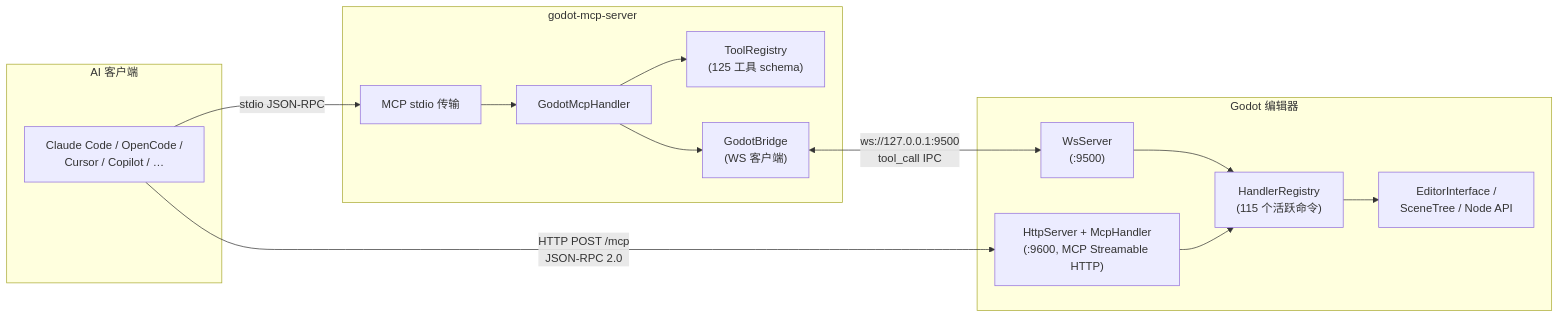
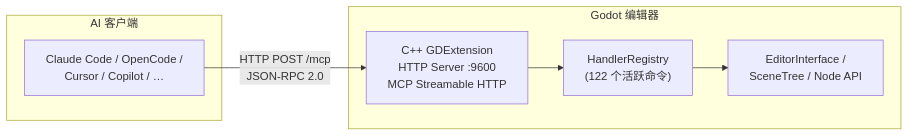
One commit to jesspig/GodotMCP-GDExtension changed the diagram in README-zh.md. Above: the diagram before and after it, drawn with Mermaid. The commit also changed other lines of this file and 24 other files, not shown here.

````diff
--- a/README-zh.md
+++ b/README-zh.md
@@ -14,30 +13,16 @@
 ```mermaid
 graph LR
     subgraph AI["AI 客户端"]
         Client["Claude Code / OpenCode /<br/>Cursor / Copilot / …"]
     end
 
-    subgraph ServerProc["godot-mcp-server"]
-        Stdio["MCP stdio 传输"]
-        Handler["GodotMcpHandler"]
-        Registry["ToolRegistry<br/>(125 工具 schema)"]
-        Bridge["GodotBridge<br/>(WS 客户端)"]
-    end
-
     subgraph GodotProc["Godot 编辑器"]
-        WS["WsServer<br/>(:9500)"]
-        HTTP["HttpServer + McpHandler<br/>(:9600, MCP Streamable HTTP)"]
-        Registry2["HandlerRegistry<br/>(115 个活跃命令)"]
+        HTTP["C++ GDExtension<br/>HTTP Server :9600<br/>MCP Streamable HTTP"]
+        Registry["HandlerRegistry<br/>(122 个活跃命令)"]
         Editor["EditorInterface /<br/>SceneTree / Node API"]
     end
 
-    Client -->|stdio JSON-RPC| Stdio
-    Stdio --> Handler
-    Handler --> Registry
-    Handler --> Bridge
-    Bridge <-->|ws://127.0.0.1:9500<br/>tool_call IPC| WS
     Client -->|HTTP POST /mcp<br/>JSON-RPC 2.0| HTTP
-    WS --> Registry2
-    HTTP --> Registry2
-    Registry2 --> Editor
+    HTTP --> Registry
+    Registry --> Editor
 ```
````
